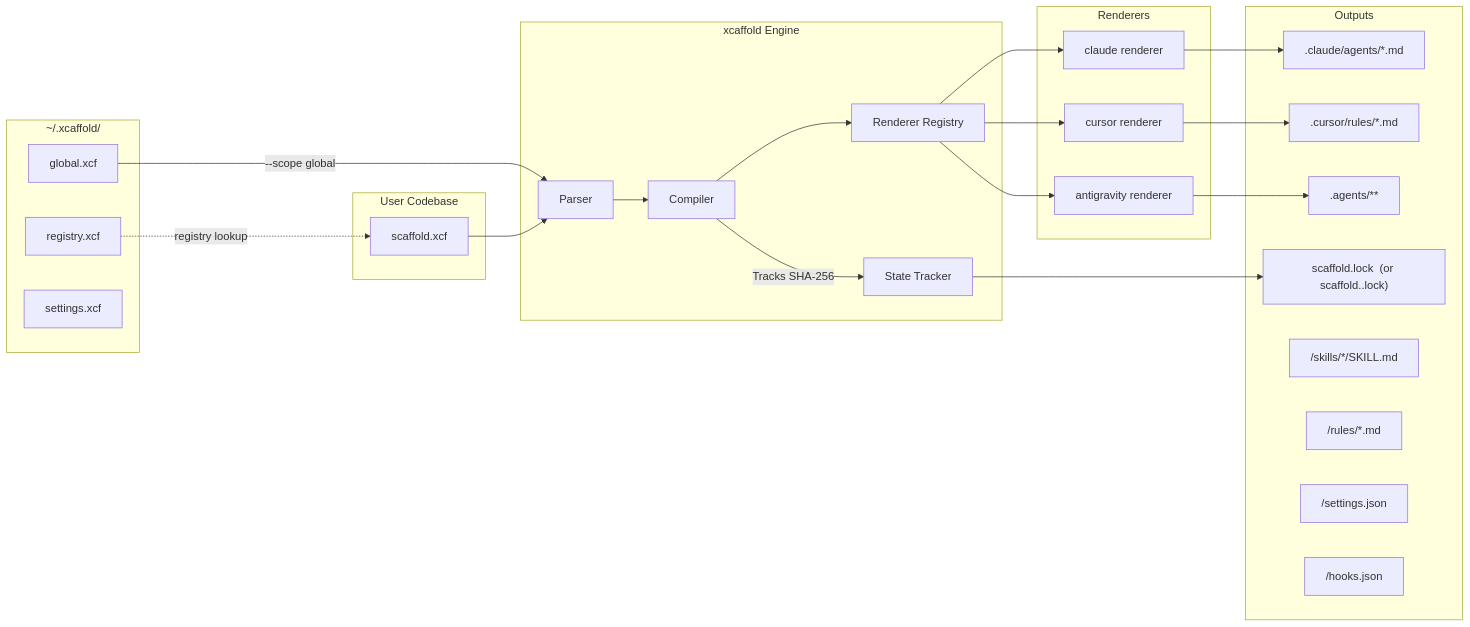
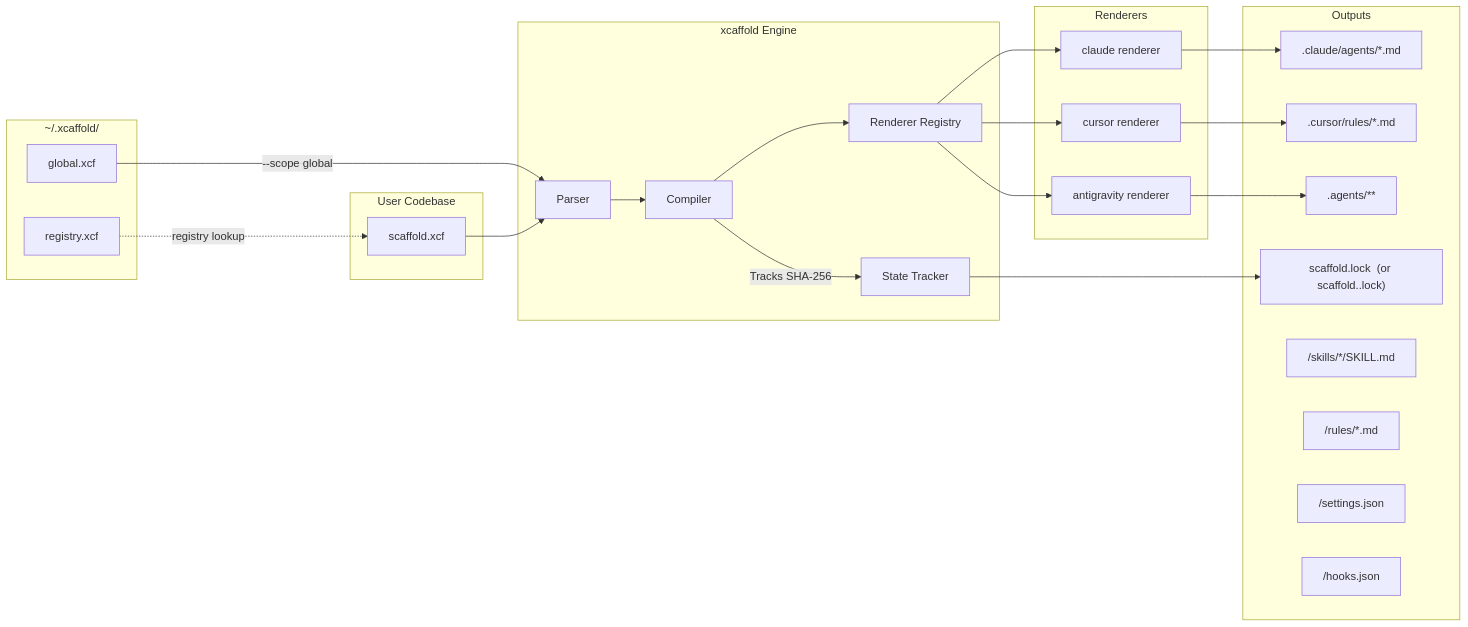
The diagram in docs/concepts/architecture.md (saero-ai/xcaffold), drawn with Mermaid before and after one commit. The commit also changed other lines of this file and 8 other files, not shown here.

````diff
--- a/docs/concepts/architecture.md
+++ b/docs/concepts/architecture.md
@@ -14,47 +14,46 @@
 ```mermaid
 graph LR
   subgraph Global Home ["~/.xcaffold/"]
     R[registry.xcf]
     GC[global.xcf]
-    CF[settings.xcf]
   end
 
   subgraph User Codebase
     A[scaffold.xcf]
   end
 
   subgraph xcaffold Engine
     B[Parser]
     C[Compiler]
     D[State Tracker]
     RG[Renderer Registry]
   end
 
   subgraph Renderers
     RC[claude renderer]
     RCU[cursor renderer]
     RA[antigravity renderer]
   end
 
   subgraph Outputs
     E1[".claude/agents/*.md"]
     E2[".cursor/rules/*.md"]
     E3[".agents/**"]
     F["scaffold.lock  (or scaffold.<target>.lock)"]
     G["<target>/skills/*/SKILL.md"]
     H["<target>/rules/*.md"]
     I["<target>/settings.json"]
     J["<target>/hooks.json"]
   end
 
   R -..->|registry lookup| A
   GC -->|"--scope global"| B
   A --> B
   B --> C
   C --> RG
   RG --> RC --> E1
   RG --> RCU --> E2
   RG --> RA --> E3
   C -->|Tracks SHA-256| D
   D --> F
 ```
````
